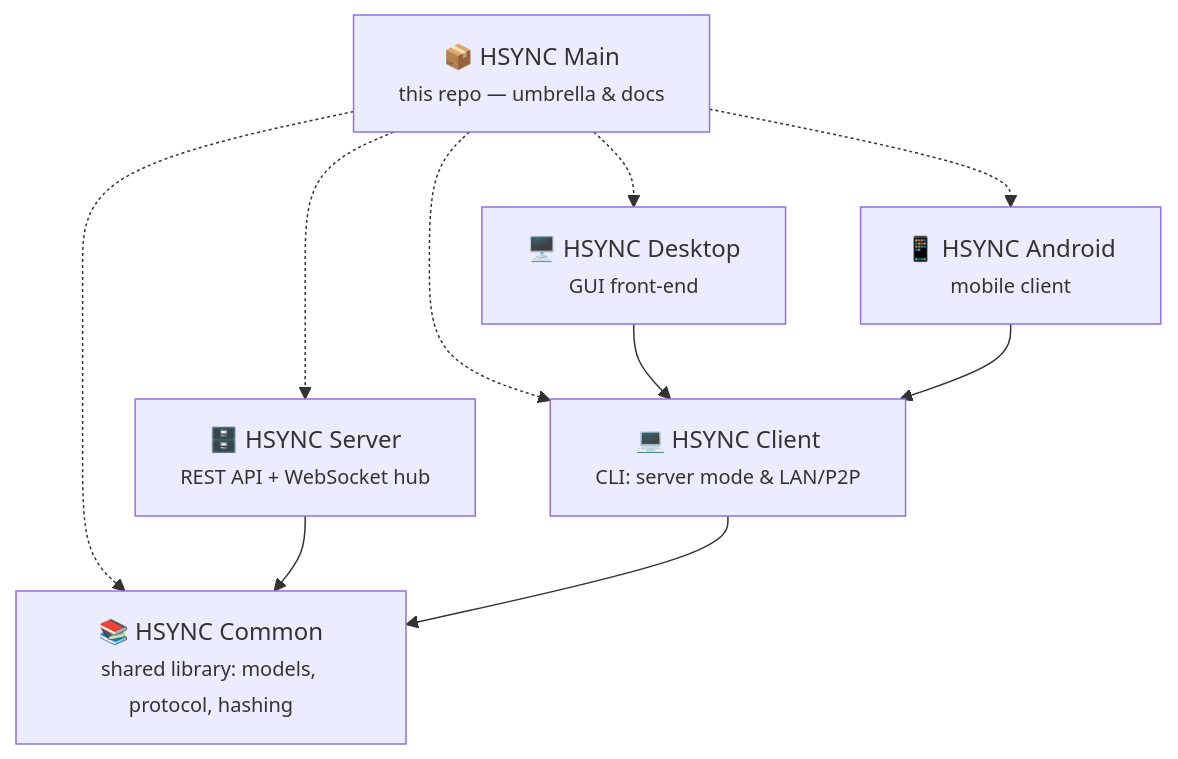
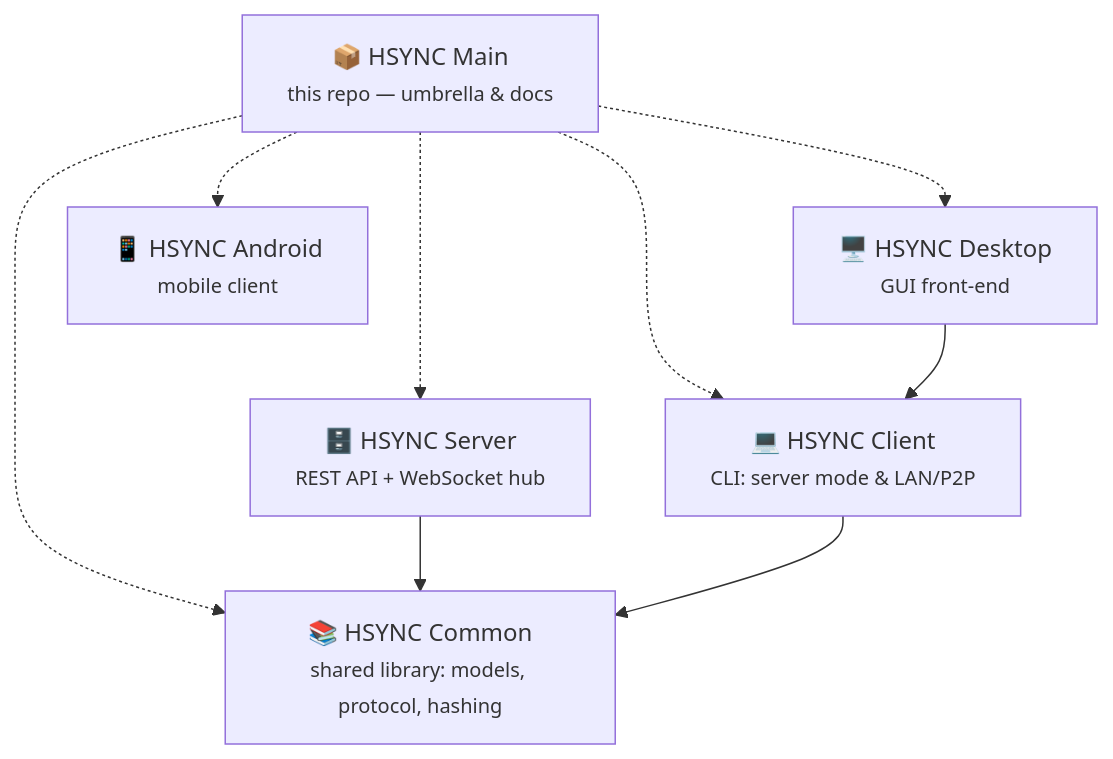
Before and after one commit to albertsdk/hsync: the third of 3 diagrams in README.md, drawn with Mermaid. The commit also changed other lines of this file and 2 other files, not shown here.

````diff
--- a/README.md
+++ b/README.md
@@ -115,21 +115,20 @@
 ```mermaid
 flowchart TD
     Main["📦 HSYNC Main<br/><small>this repo — umbrella & docs</small>"]
 
     Common["📚 HSYNC Common<br/><small>shared library: models, protocol, hashing</small>"]
     Server["🗄️ HSYNC Server<br/><small>REST API + WebSocket hub</small>"]
     Client["💻 HSYNC Client<br/><small>CLI: server mode & LAN/P2P</small>"]
     Desktop["🖥️ HSYNC Desktop<br/><small>GUI front-end</small>"]
     Android["📱 HSYNC Android<br/><small>mobile client</small>"]
 
     Main -.-> Common
     Main -.-> Server
     Main -.-> Client
     Main -.-> Desktop
     Main -.-> Android
 
     Server --> Common
     Client --> Common
     Desktop --> Client
-    Android --> Client
 ```
````
